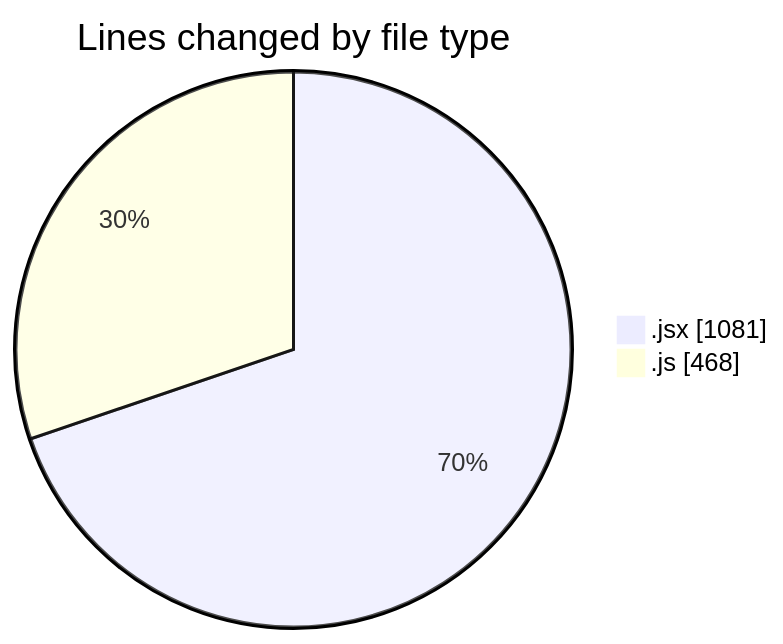
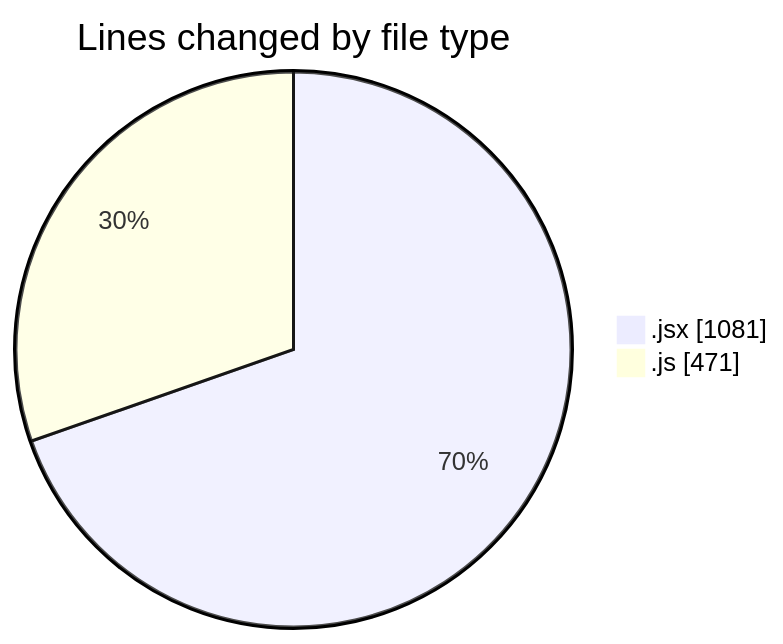
Before and after one commit to nxtqubesakshisongat/code-tracking: the first of 2 diagrams in 2025-08-18/nxtqube_webapp/README.md, drawn with Mermaid. The commit also changed other lines of this file and 1 other file, not shown here.

````diff
--- a/2025-08-18/nxtqube_webapp/README.md
+++ b/2025-08-18/nxtqube_webapp/README.md
@@ -23,6 +23,6 @@
 ```mermaid
 pie showData
 title Lines changed by file type
 ".jsx" : 1081
-".js" : 468
+".js" : 471
 ```
````
